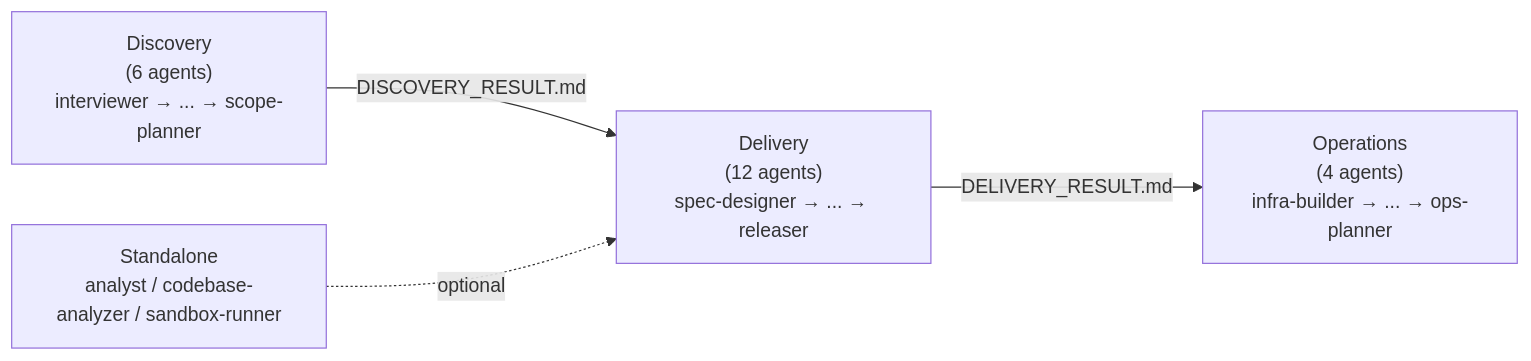
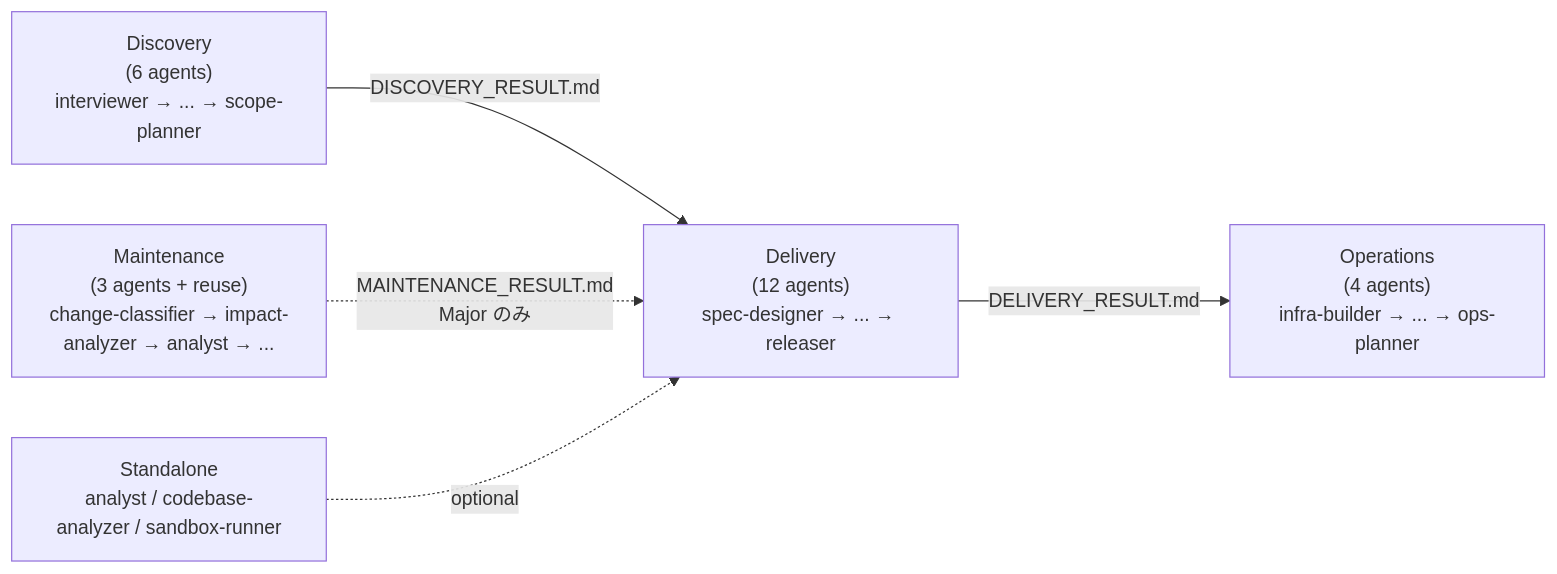
One commit to kirin0198/warterfall-agents changed the second of 6 diagrams in docs/wiki/ja/Architecture.md. Above: the diagram before and after it, drawn with Mermaid. The commit also changed other lines of this file and 35 other files, not shown here.

First line of the commit message:
feat: design /maintenance-flow (4th flow for existing-project maintenance) (#29)

````diff
--- a/docs/wiki/ja/Architecture.md
+++ b/docs/wiki/ja/Architecture.md
@@ -67,11 +73,13 @@
 ```mermaid
 flowchart LR
     D["Discovery<br/>(6 agents)<br/>interviewer → ... → scope-planner"]
     DV["Delivery<br/>(12 agents)<br/>spec-designer → ... → releaser"]
     O["Operations<br/>(4 agents)<br/>infra-builder → ... → ops-planner"]
+    M["Maintenance<br/>(3 agents + reuse)<br/>change-classifier → impact-analyzer → analyst → ..."]
     S["Standalone<br/>analyst / codebase-analyzer / sandbox-runner"]
 
     D -->|DISCOVERY_RESULT.md| DV
     DV -->|DELIVERY_RESULT.md| O
+    M -.->|MAINTENANCE_RESULT.md<br/>Major のみ| DV
     S -.optional.-> DV
 ```
````
